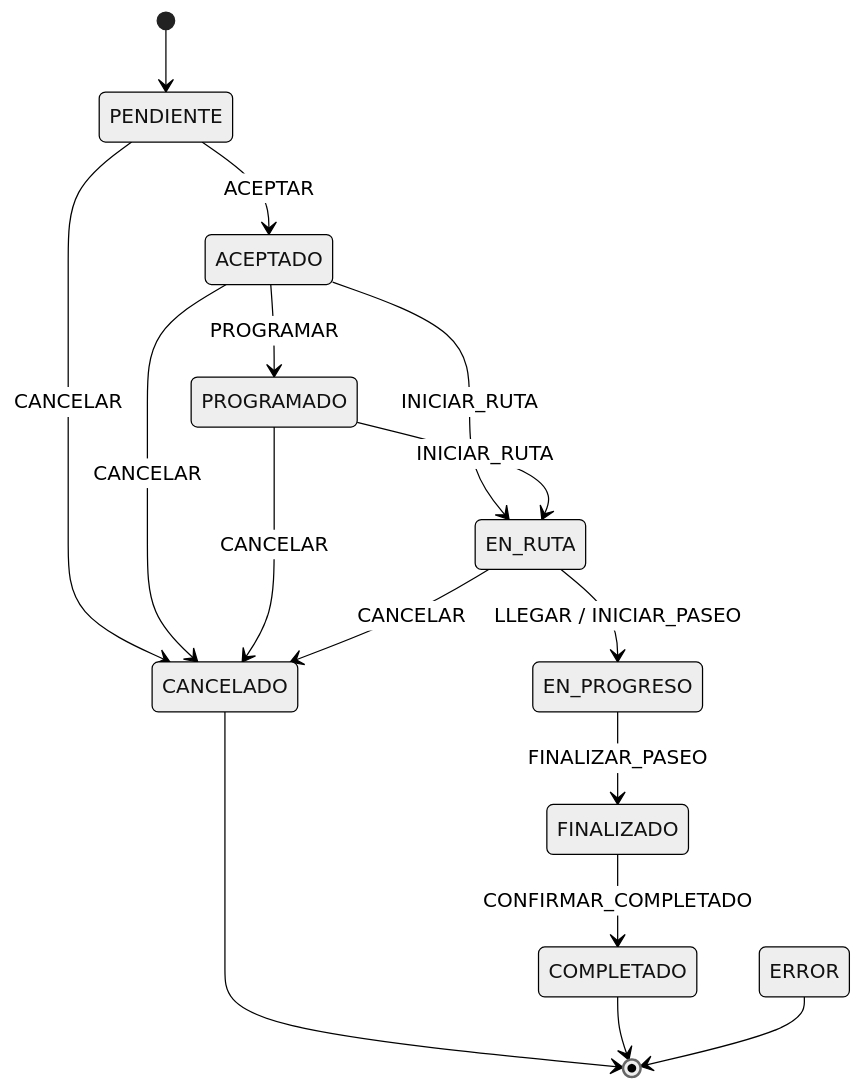
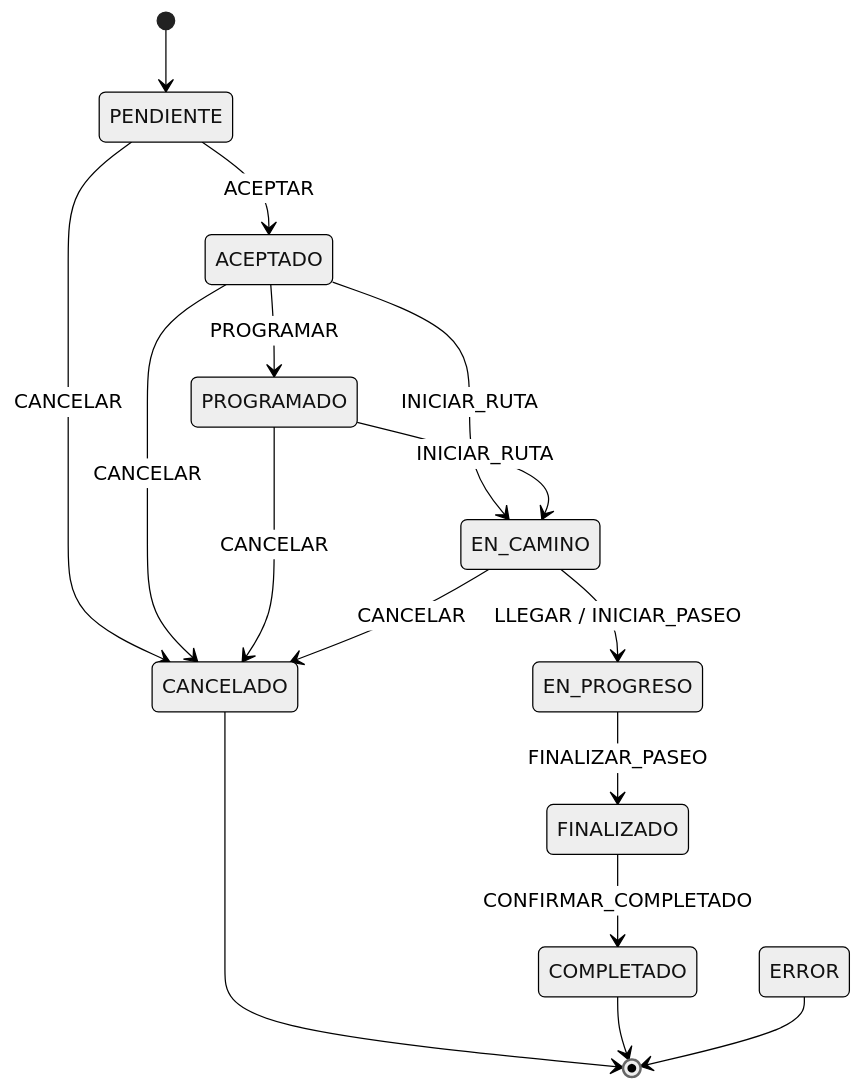
Before and after one commit to sagudelo1200/pet-pals: the diagram in docs/paseos/state-machine.md, drawn with Mermaid (neutral theme). The commit also changed other lines of this file and 21 other files, not shown here.

````diff
--- a/docs/paseos/state-machine.md
+++ b/docs/paseos/state-machine.md
@@ -36,27 +36,27 @@
 ```mermaid
 stateDiagram-v2
     [*] --> PENDIENTE
     PENDIENTE --> ACEPTADO: ACEPTAR
     %% RECHAZAR is an event and does not create a state transition
     %% Represented here as an annotation instead of a transition
     %% RECHAZAR: evento (no cambia estado) - se registra en historial
     PENDIENTE --> CANCELADO: CANCELAR
 
     ACEPTADO --> PROGRAMADO: PROGRAMAR
-    ACEPTADO --> EN_RUTA: INICIAR_RUTA
+    ACEPTADO --> EN_CAMINO: INICIAR_RUTA
     ACEPTADO --> CANCELADO: CANCELAR
 
-    PROGRAMADO --> EN_RUTA: INICIAR_RUTA
+    PROGRAMADO --> EN_CAMINO: INICIAR_RUTA
     PROGRAMADO --> CANCELADO: CANCELAR
 
-    EN_RUTA --> EN_PROGRESO: LLEGAR / INICIAR_PASEO
-    EN_RUTA --> CANCELADO: CANCELAR
+    EN_CAMINO --> EN_PROGRESO: LLEGAR / INICIAR_PASEO
+    EN_CAMINO --> CANCELADO: CANCELAR
 
     EN_PROGRESO --> FINALIZADO: FINALIZAR_PASEO
 
     FINALIZADO --> COMPLETADO: CONFIRMAR_COMPLETADO
 
     CANCELADO --> [*]
     COMPLETADO --> [*]
     ERROR --> [*]
 ```
````
